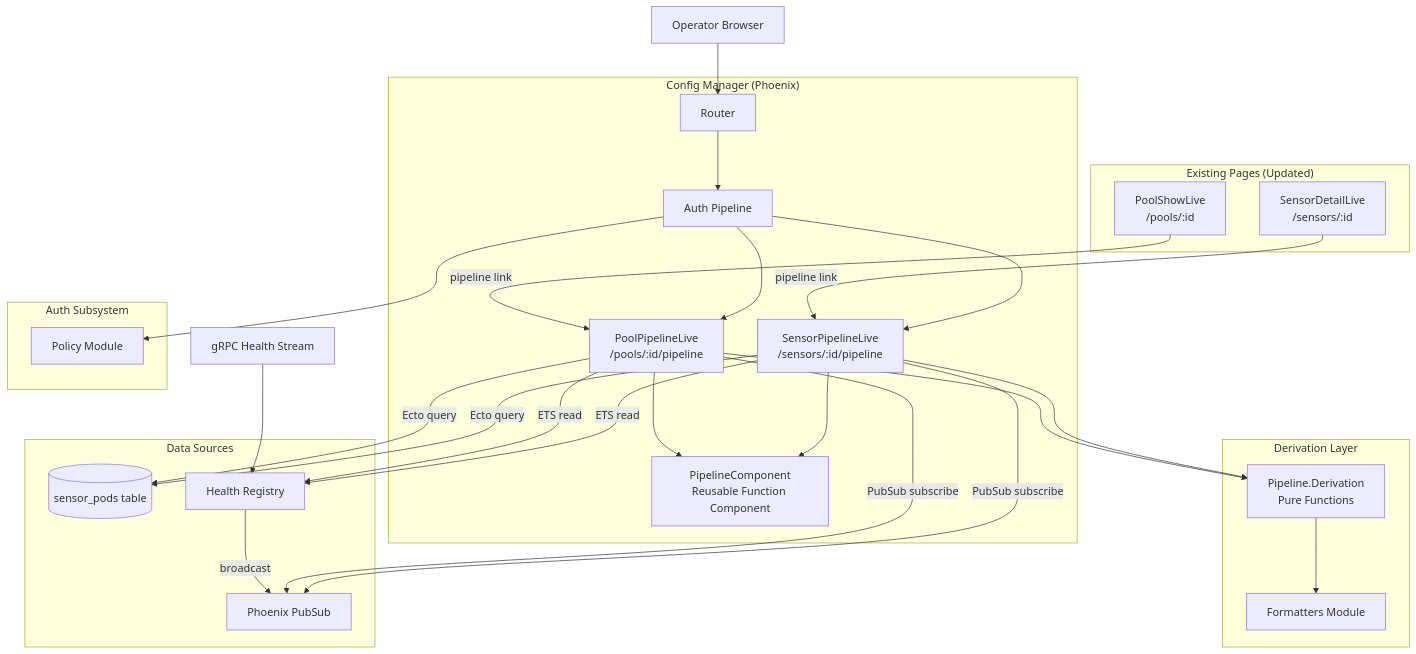
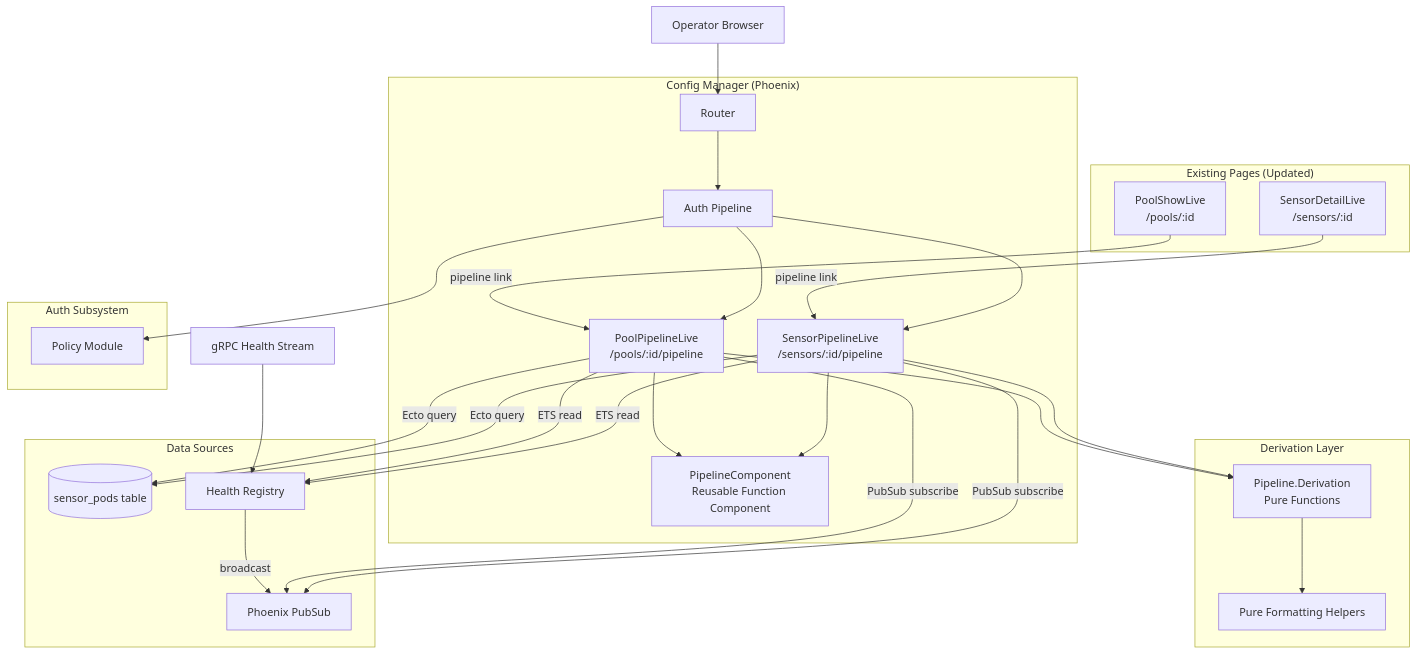
Before and after one commit to gustovshikov/RavenWire: the first of 3 diagrams in specs/live-data-flow-viz/design.md, drawn with Mermaid. The commit also changed other lines of this file and 36 other files, not shown here.

Commit message:
Implement live data flow visualization

````diff
--- a/specs/live-data-flow-viz/design.md
+++ b/specs/live-data-flow-viz/design.md
@@ -47,38 +55,38 @@
 ```mermaid
 graph TB
     subgraph "Config Manager (Phoenix)"
         Router --> AuthPipeline[Auth Pipeline]
         AuthPipeline --> SensorPipelineLive[SensorPipelineLive<br/>/sensors/:id/pipeline]
         AuthPipeline --> PoolPipelineLive[PoolPipelineLive<br/>/pools/:id/pipeline]
         SensorPipelineLive --> PipelineComponent[PipelineComponent<br/>Reusable Function Component]
         PoolPipelineLive --> PipelineComponent
     end
 
     subgraph "Derivation Layer"
         SensorPipelineLive --> Derivation[Pipeline.Derivation<br/>Pure Functions]
         PoolPipelineLive --> Derivation
-        Derivation --> Formatters[Formatters Module]
+        Derivation --> Formatters[Pure Formatting Helpers]
     end
 
     subgraph "Data Sources"
         SensorPipelineLive -->|Ecto query| SQLite[(sensor_pods table)]
         SensorPipelineLive -->|ETS read| HealthRegistry[Health Registry]
         SensorPipelineLive -->|PubSub subscribe| PubSub[Phoenix PubSub]
         PoolPipelineLive -->|Ecto query| SQLite
         PoolPipelineLive -->|ETS read| HealthRegistry
         PoolPipelineLive -->|PubSub subscribe| PubSub
     end
 
     subgraph "Auth Subsystem"
         AuthPipeline --> Policy[Policy Module]
     end
 
     subgraph "Existing Pages (Updated)"
         SensorDetailLive[SensorDetailLive<br/>/sensors/:id] -->|pipeline link| SensorPipelineLive
         PoolShowLive[PoolShowLive<br/>/pools/:id] -->|pipeline link| PoolPipelineLive
     end
 
     Browser[Operator Browser] --> Router
     HealthStream[gRPC Health Stream] --> HealthRegistry
     HealthRegistry -->|broadcast| PubSub
 ```
````
